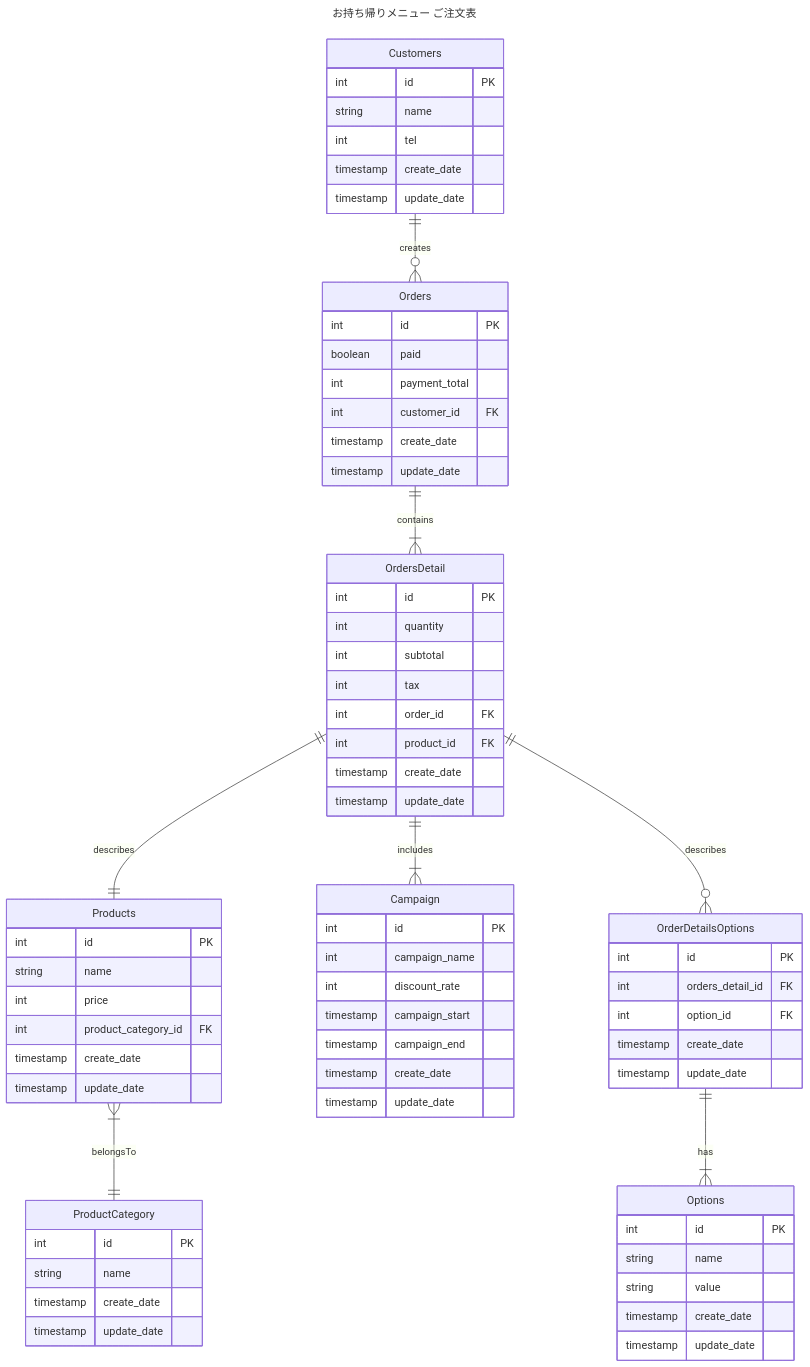
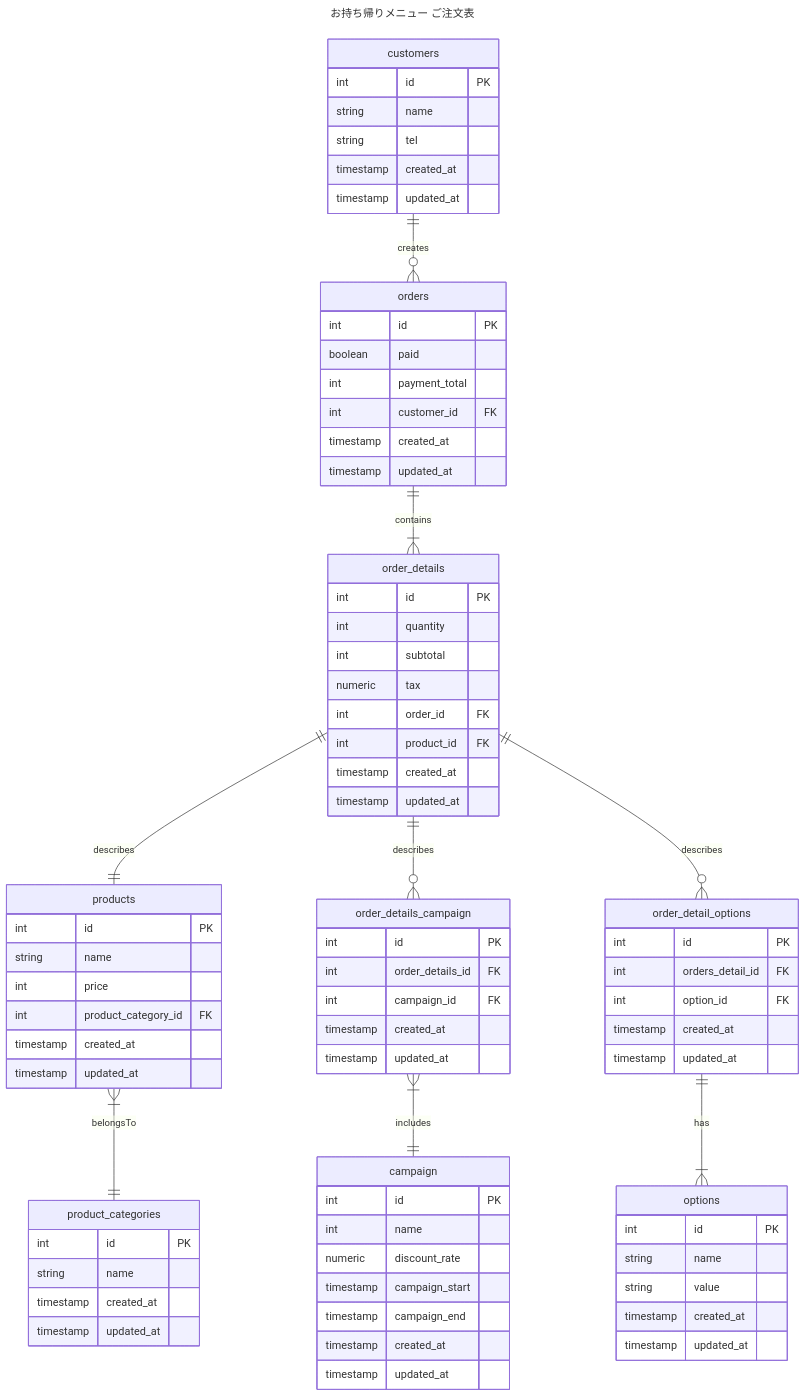
The diagram in db/modeling/1/2-3.md (ttakuma17/til), drawn with Mermaid before and after one commit. The commit also changed other lines of this file and 2 other files, not shown here.

Commit message:
課題2を進めた

````diff
--- a/db/modeling/1/2-3.md
+++ b/db/modeling/1/2-3.md
@@ -13,73 +19,81 @@
 title: お持ち帰りメニュー ご注文表
 ---
 erDiagram
-    Customers ||--o{ Orders : creates
-    Customers {
+    customers ||--o{ orders : creates
+    customers {
         int id PK
         string name
-        int tel
-        timestamp create_date
-        timestamp update_date
+        string tel
+        timestamp created_at
+        timestamp updated_at
     }
-    Orders ||--|{ OrdersDetail : contains
-    Orders { 
+    orders ||--|{ order_details : contains
+    orders { 
         int id PK
         boolean paid
         int payment_total
         int customer_id FK
-        timestamp create_date
-        timestamp update_date
+        timestamp created_at
+        timestamp updated_at
     }
-    OrdersDetail ||--|| Products : describes
-    OrdersDetail {
+    order_details ||--|| products : describes
+    order_details {
         int id PK
         int quantity
         int subtotal
-        int tax
+        numeric tax
         int order_id FK
         int product_id FK
-        timestamp create_date
-        timestamp update_date
+        timestamp created_at
+        timestamp updated_at
     }
-    OrdersDetail ||--|{ Campaign : includes
-    Campaign {
+    campaign {
         int id PK
-        int campaign_name
-        int discount_rate
+        int name
+        numeric discount_rate
         timestamp campaign_start
         timestamp campaign_end
-        timestamp create_date
-        timestamp update_date
+        timestamp created_at
+        timestamp updated_at
     }
-    Products {
+    order_details ||--o{ order_details_campaign : describes
+    order_details_campaign }|--|| campaign: includes
+    order_details_campaign {
+        int id PK
+        int order_details_id FK
+        int campaign_id FK
+        timestamp created_at
+        timestamp updated_at
+    }
+    products {
         int id PK
         string name
         int price
         int product_category_id FK
-        timestamp create_date
-        timestamp update_date 
+        timestamp created_at
+        timestamp updated_at 
     }
-    Products }|--|| ProductCategory : belongsTo
-    ProductCategory {
+    products }|--|| product_categories : belongsTo
+    product_categories {
         int id PK
         string name
-        timestamp create_date
-        timestamp update_date
+        timestamp created_at
+        timestamp updated_at
     }
-    Options {
+    options {
         int id PK
         string name
         string value
-        timestamp create_date
-        timestamp update_date
+        timestamp created_at
+        timestamp updated_at
     }
-    OrdersDetail ||--o{ OrderDetailsOptions: describes
-    OrderDetailsOptions ||--|{ Options: has
-    OrderDetailsOptions {
+    order_details ||--o{ order_detail_options: describes
+    order_detail_options ||--|{ options: has
+    order_detail_options {
         int id PK
         int orders_detail_id FK
         int option_id FK
-        timestamp create_date
-        timestamp update_date
+        timestamp created_at
+        timestamp updated_at
     }
 ```
````
